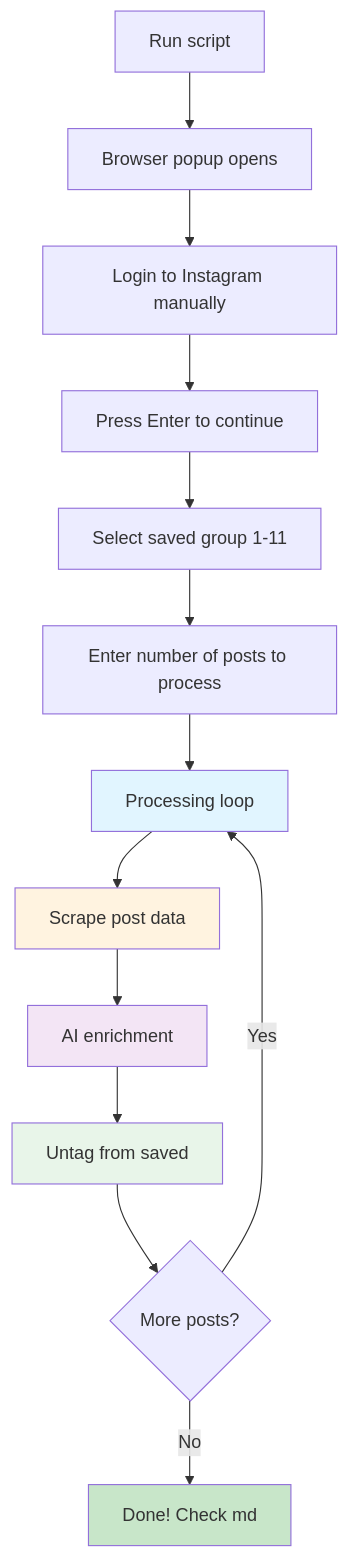
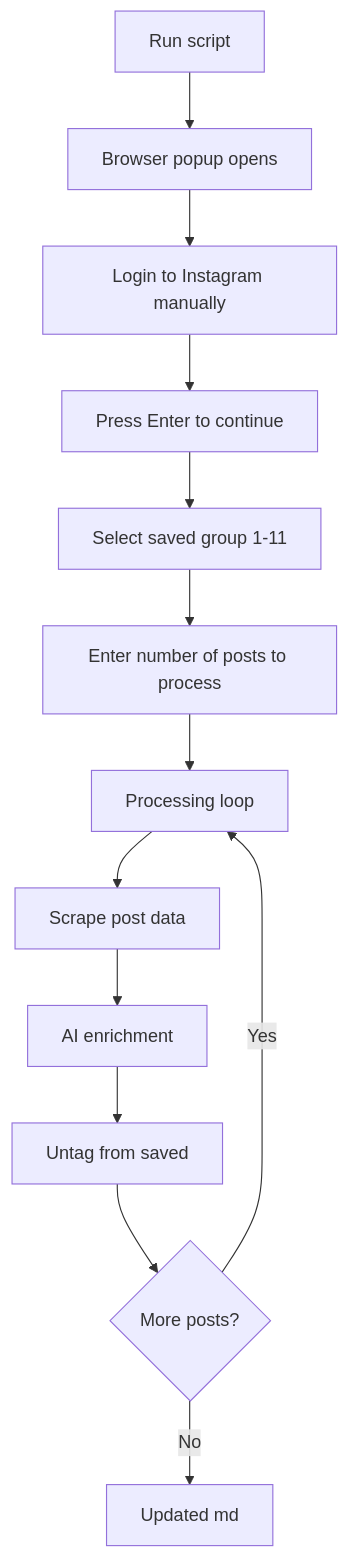
One commit to nonlinear/nonlinear.github.io changed the diagram in content/ideas/reels-library.md. Above: the diagram before and after it, drawn with Mermaid. The commit also changed other lines of this file and 23 other files, not shown here.

````diff
--- a/content/ideas/reels-library.md
+++ b/content/ideas/reels-library.md
@@ -42,23 +52,17 @@
 ```mermaid
 flowchart TD
     A[Run script] --> B[Browser popup opens]
     B --> C[Login to Instagram manually]
     C --> D[Press Enter to continue]
     D --> E[Select saved group 1-11]
     E --> F[Enter number of posts to process]
     F --> G[Processing loop]
 
     G --> H[Scrape post data]
     H --> I[AI enrichment]
     I --> J[Untag from saved]
     J --> K{More posts?}
 
     K -->|Yes| G
-    K -->|No| L[Done! Check md]
-
-    style G fill:#e1f5ff
-    style H fill:#fff3e0
-    style I fill:#f3e5f5
-    style J fill:#e8f5e9
-    style L fill:#c8e6c9
+    K -->|No| L[Updated md]
 ```
````
